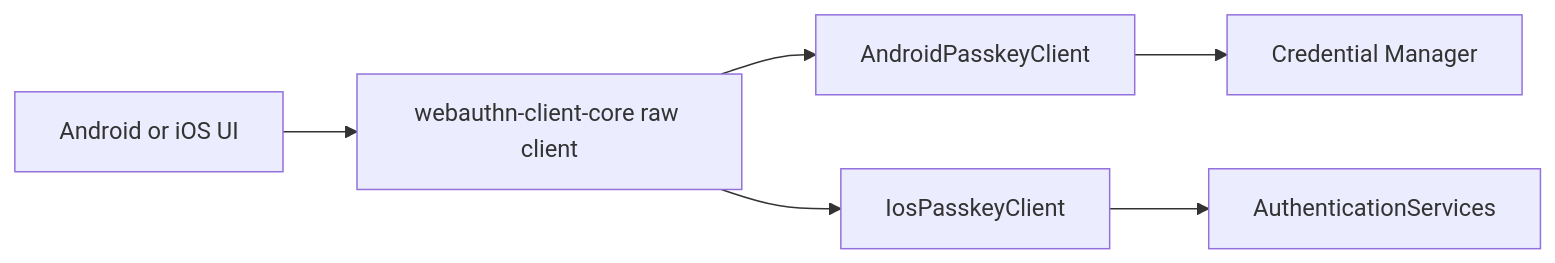
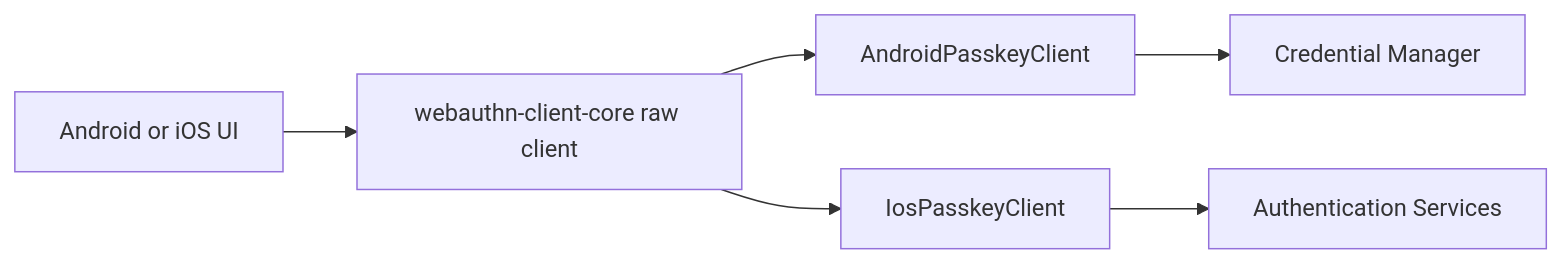
The diagram in client/webauthn-client-platform/README.md (szijpeter/webauthn-kotlin-multiplatform), drawn with Mermaid before and after one commit. The commit also changed other lines of this file and 65 other files, not shown here.

````diff
--- a/client/webauthn-client-platform/README.md
+++ b/client/webauthn-client-platform/README.md
@@ -52,8 +52,8 @@
 ```mermaid
 flowchart LR
     UI["Android or iOS UI"] --> CORE["webauthn-client-core raw client"]
     CORE --> ANDROID["AndroidPasskeyClient"]
     CORE --> IOS["IosPasskeyClient"]
     ANDROID --> CM["Credential Manager"]
-    IOS --> AS["AuthenticationServices"]
+    IOS --> AS["Authentication Services"]
 ```
````
